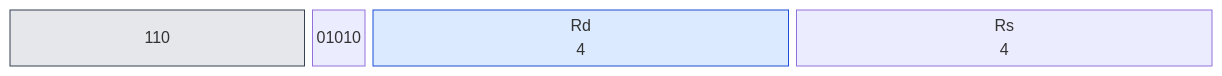
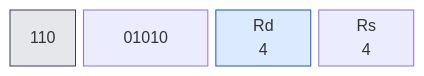
One commit to olfp/Deep16 changed diagram 14 of 32 in book/kap03.md. Above: the diagram before and after it, drawn with Mermaid. The commit also changed other lines of this file and 1 other file, not shown here.

Commit message:
book(kap03): alle 32 Befehlsdiagramme auf 31-Spalten-Layout normiert

````diff
--- a/book/kap03.md
+++ b/book/kap03.md
@@ -517,16 +517,16 @@
 ```mermaid
 block-beta
   columns 31
   classDef op fill:#e5e7eb,stroke:#374151
   classDef reg fill:#dbeafe,stroke:#1d4ed8
   classDef imm fill:#fef3c7,stroke:#b45309
   classDef off fill:#dcfce7,stroke:#15803d
   classDef seg fill:#ede9fe,stroke:#6d28d9
   classDef all fill:#fee2e2,stroke:#b91c1c
   b0["110"]:5
-  b1["01010"]:1
+  b1["01010"]:9
   b2["Rd<br/>4"]:7
   b3["Rs<br/>4"]:7
   class b0 b1 op
   class b2 b3 reg
 ```
````
